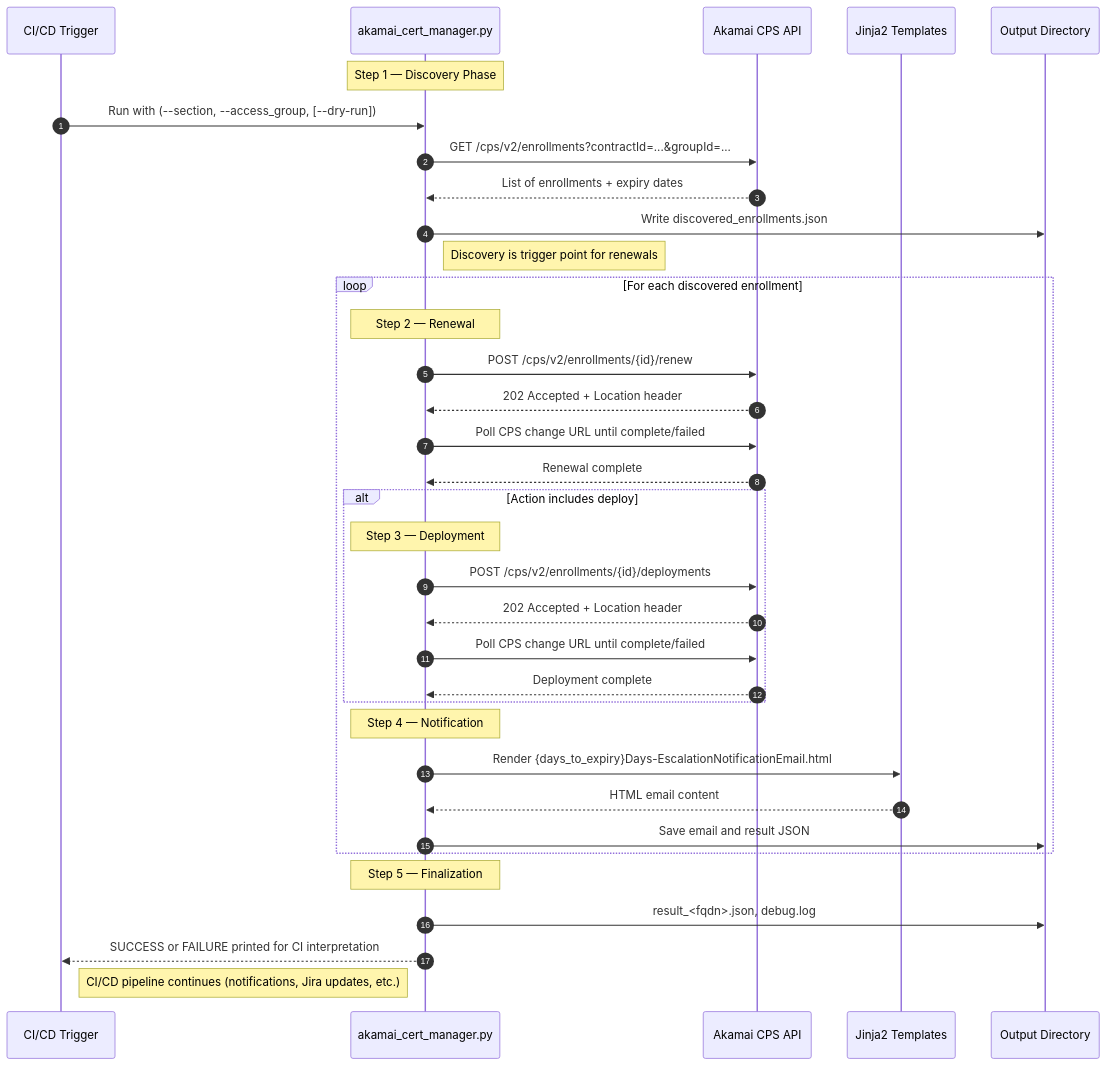
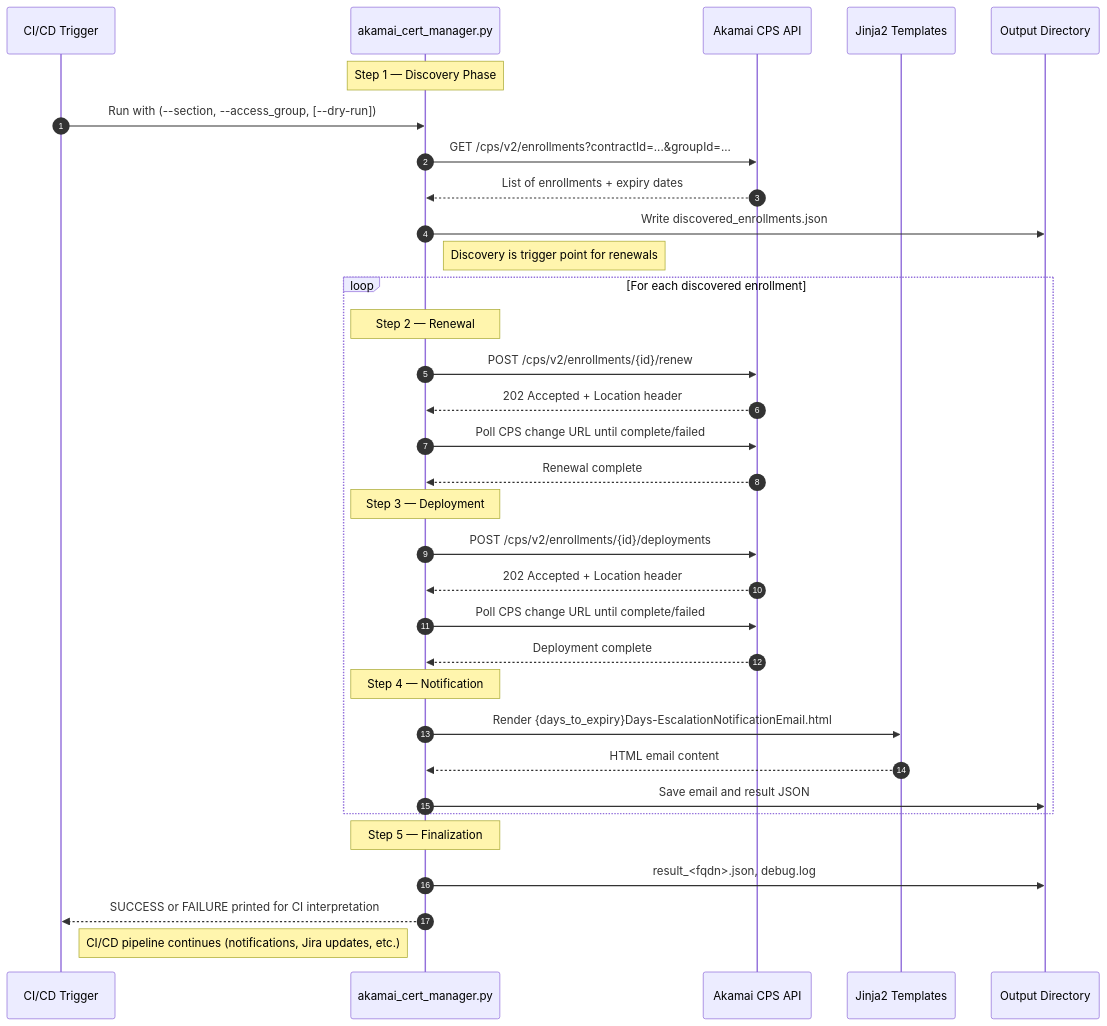
The first of 2 diagrams in terraform-aws-tfe/modules/cloud_init_generic_functions/README_swimlane.md (ksagoo/tfe-fdo-back), drawn with Mermaid before and after one commit.

Commit message:
Refactor deployment section in README_swimlane.md

````diff
--- a/terraform-aws-tfe/modules/cloud_init_generic_functions/README_swimlane.md
+++ b/terraform-aws-tfe/modules/cloud_init_generic_functions/README_swimlane.md
@@ -14,43 +14,41 @@
 ```mermaid
 sequenceDiagram
     autonumber
     participant Jenkins/GitLab as CI/CD Trigger
     participant Script as akamai_cert_manager.py
     participant AkamaiAPI as Akamai CPS API
     participant EmailTemplate as Jinja2 Templates
     participant Output as Output Directory
 
     Note over Script: Step 1 — Discovery Phase
     Jenkins/GitLab->>Script: Run with (--section, --access_group, [--dry-run])
     Script->>AkamaiAPI: GET /cps/v2/enrollments?contractId=...&groupId=...
     AkamaiAPI-->>Script: List of enrollments + expiry dates
     Script->>Output: Write discovered_enrollments.json
     Note right of Script: Discovery is trigger point for renewals
 
     loop For each discovered enrollment
         Note over Script: Step 2 — Renewal
         Script->>AkamaiAPI: POST /cps/v2/enrollments/{id}/renew
         AkamaiAPI-->>Script: 202 Accepted + Location header
         Script->>AkamaiAPI: Poll CPS change URL until complete/failed
         AkamaiAPI-->>Script: Renewal complete
 
-        alt Action includes deploy
-            Note over Script: Step 3 — Deployment
-            Script->>AkamaiAPI: POST /cps/v2/enrollments/{id}/deployments
-            AkamaiAPI-->>Script: 202 Accepted + Location header
-            Script->>AkamaiAPI: Poll CPS change URL until complete/failed
-            AkamaiAPI-->>Script: Deployment complete
-        end
+        Note over Script: Step 3 — Deployment
+        Script->>AkamaiAPI: POST /cps/v2/enrollments/{id}/deployments
+        AkamaiAPI-->>Script: 202 Accepted + Location header
+        Script->>AkamaiAPI: Poll CPS change URL until complete/failed
+        AkamaiAPI-->>Script: Deployment complete
 
         Note over Script: Step 4 — Notification
         Script->>EmailTemplate: Render {days_to_expiry}Days-EscalationNotificationEmail.html
         EmailTemplate-->>Script: HTML email content
         Script->>Output: Save email and result JSON
     end
 
     Note over Script: Step 5 — Finalization
     Script->>Output: result_<fqdn>.json, debug.log
     Script-->>Jenkins/GitLab: SUCCESS or FAILURE printed for CI interpretation
 
     Note right of Jenkins/GitLab: CI/CD pipeline continues (notifications, Jira updates, etc.)
 ```
````
